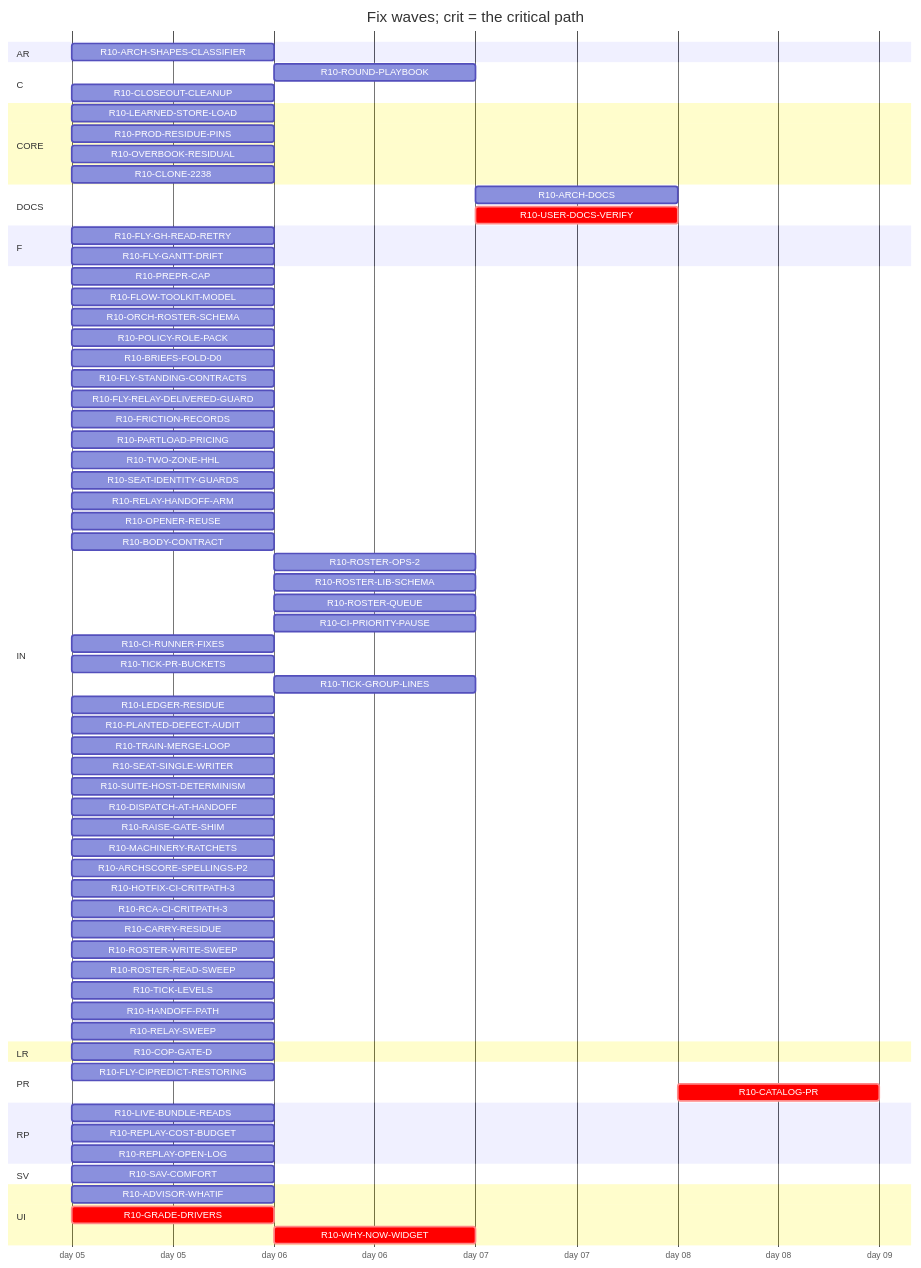
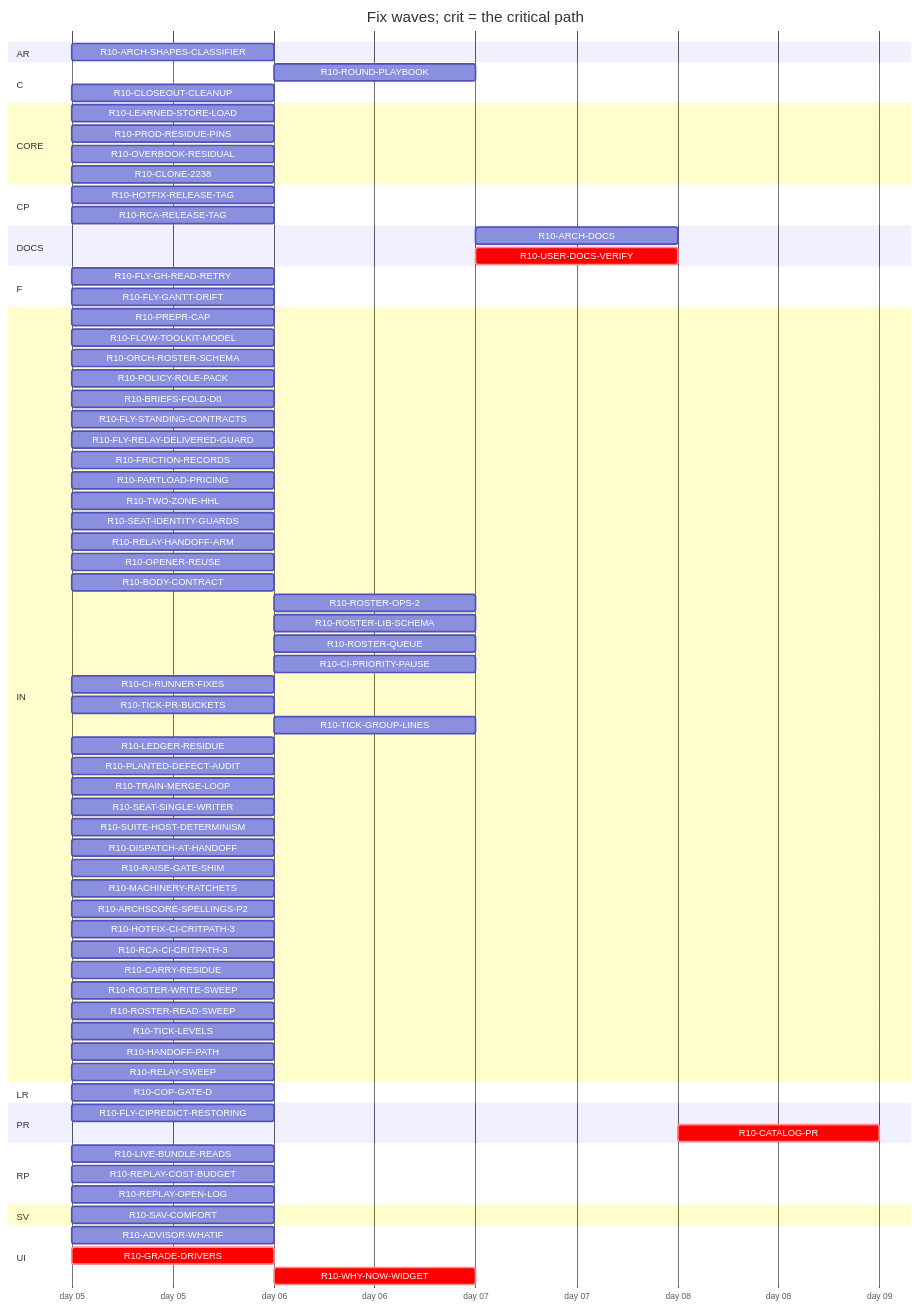
The diagram in handoff/round10/state/PLAN-TABLE.md (tvofi/heatpump_optimizer), drawn with Mermaid before and after one commit. The commit also changed other lines of this file and 4 other files, not shown here.

Commit message:
state: FLOW-BOARD.md, NEXT-SESSION-PROMPT.md, PLAN-TABLE.md, PLAN.html, RESUME-CURRENT.md regenerated (state_docs.py)

````diff
--- a/handoff/round10/state/PLAN-TABLE.md
+++ b/handoff/round10/state/PLAN-TABLE.md
@@ -24,76 +25,79 @@
 ```mermaid
 gantt
   title Fix waves; crit = the critical path
   dateFormat YYYY-MM-DD
   axisFormat day %d
   section AR
     R10-ARCH-SHAPES-CLASSIFIER :r10ARCHSHAPESCLASSIFIER, 2026-01-05, 1d
   section C
     R10-ROUND-PLAYBOOK :r10ROUNDPLAYBOOK, after r10MACHINERYRATCHETS r10PREPRCAP r10HANDOFFPATH r10RELAYSWEEP r10TRAINMERGELOOP r10DISPATCHATHANDOFF r10BODYCONTRACT r10TICKLEVELS r10CIPRIORITYPAUSE r10ROSTERWRITESWEEP r10ROSTERREADSWEEP r10FLYSTANDINGCONTRACTS r10POLICYROLEPACK r10FRICTIONRECORDS r10FLOWTOOLKITMODEL r10SEATIDENTITYGUARDS r10LEDGERRESIDUE r10CIRUNNERFIXES r10FLYCIPREDICTRESTORING r10RAISEGATESHIM r10PLANTEDDEFECTAUDIT r10FLYGHREADRETRY r10SUITEHOSTDETERMINISM r10ARCHSCORESPELLINGSP2, 1d
     R10-CLOSEOUT-CLEANUP :r10CLOSEOUTCLEANUP, 2026-01-05, 1d
   section CORE
     R10-LEARNED-STORE-LOAD :r10LEARNEDSTORELOAD, 2026-01-05, 1d
     R10-PROD-RESIDUE-PINS :r10PRODRESIDUEPINS, 2026-01-05, 1d
     R10-OVERBOOK-RESIDUAL :r10OVERBOOKRESIDUAL, 2026-01-05, 1d
     R10-CLONE-2238 :r10CLONE2238, 2026-01-05, 1d
+  section CP
+    R10-HOTFIX-RELEASE-TAG :r10HOTFIXRELEASETAG, 2026-01-05, 1d
+    R10-RCA-RELEASE-TAG :r10RCARELEASETAG, 2026-01-05, 1d
   section DOCS
     R10-ARCH-DOCS :r10ARCHDOCS, after r10CARRYRESIDUE r10OVERBOOKRESIDUAL r10CLONE2238 r10SAVCOMFORT r10COPGATED r10GRADEDRIVERS r10WHYNOWWIDGET r10PARTLOADPRICING r10TWOZONEHHL r10ARCHSHAPESCLASSIFIER r10ADVISORWHATIF r10LEARNEDSTORELOAD r10PRODRESIDUEPINS r10LIVEBUNDLEREADS r10REPLAYCOSTBUDGET r10REPLAYOPENLOG r10MACHINERYRATCHETS r10PREPRCAP r10HANDOFFPATH r10RELAYSWEEP r10TRAINMERGELOOP r10DISPATCHATHANDOFF r10BODYCONTRACT r10TICKLEVELS r10CIPRIORITYPAUSE r10ROSTERWRITESWEEP r10ROSTERREADSWEEP r10FLYSTANDINGCONTRACTS r10POLICYROLEPACK r10FRICTIONRECORDS r10FLOWTOOLKITMODEL r10SEATIDENTITYGUARDS r10LEDGERRESIDUE r10CIRUNNERFIXES r10FLYCIPREDICTRESTORING r10RAISEGATESHIM r10PLANTEDDEFECTAUDIT r10FLYGHREADRETRY r10SUITEHOSTDETERMINISM r10ARCHSCORESPELLINGSP2, 1d
     R10-USER-DOCS-VERIFY :crit, r10USERDOCSVERIFY, after r10CARRYRESIDUE r10OVERBOOKRESIDUAL r10CLONE2238 r10SAVCOMFORT r10COPGATED r10GRADEDRIVERS r10WHYNOWWIDGET r10PARTLOADPRICING r10TWOZONEHHL r10ARCHSHAPESCLASSIFIER r10ADVISORWHATIF r10LEARNEDSTORELOAD r10PRODRESIDUEPINS r10LIVEBUNDLEREADS r10REPLAYCOSTBUDGET r10REPLAYOPENLOG, 1d
   section F
     R10-FLY-GH-READ-RETRY :r10FLYGHREADRETRY, 2026-01-05, 1d
     R10-FLY-GANTT-DRIFT :r10FLYGANTTDRIFT, 2026-01-05, 1d
   section IN
     R10-PREPR-CAP :r10PREPRCAP, 2026-01-05, 1d
     R10-FLOW-TOOLKIT-MODEL :r10FLOWTOOLKITMODEL, 2026-01-05, 1d
     R10-ORCH-ROSTER-SCHEMA :r10ORCHROSTERSCHEMA, 2026-01-05, 1d
     R10-POLICY-ROLE-PACK :r10POLICYROLEPACK, 2026-01-05, 1d
     R10-BRIEFS-FOLD-D0 :r10BRIEFSFOLDD0, 2026-01-05, 1d
     R10-FLY-STANDING-CONTRACTS :r10FLYSTANDINGCONTRACTS, 2026-01-05, 1d
     R10-FLY-RELAY-DELIVERED-GUARD :r10FLYRELAYDELIVEREDGUARD, 2026-01-05, 1d
     R10-FRICTION-RECORDS :r10FRICTIONRECORDS, 2026-01-05, 1d
     R10-PARTLOAD-PRICING :r10PARTLOADPRICING, 2026-01-05, 1d
     R10-TWO-ZONE-HHL :r10TWOZONEHHL, 2026-01-05, 1d
     R10-SEAT-IDENTITY-GUARDS :r10SEATIDENTITYGUARDS, 2026-01-05, 1d
     R10-RELAY-HANDOFF-ARM :r10RELAYHANDOFFARM, 2026-01-05, 1d
     R10-OPENER-REUSE :r10OPENERREUSE, 2026-01-05, 1d
     R10-BODY-CONTRACT :r10BODYCONTRACT, 2026-01-05, 1d
     R10-ROSTER-OPS-2 :r10ROSTEROPS2, after r10ORCHROSTERSCHEMA, 1d
     R10-ROSTER-LIB-SCHEMA :r10ROSTERLIBSCHEMA, after r10ORCHROSTERSCHEMA, 1d
     R10-ROSTER-QUEUE :r10ROSTERQUEUE, after r10ORCHROSTERSCHEMA, 1d
     R10-CI-PRIORITY-PAUSE :r10CIPRIORITYPAUSE, after r10TICKLEVELS, 1d
     R10-CI-RUNNER-FIXES :r10CIRUNNERFIXES, 2026-01-05, 1d
     R10-TICK-PR-BUCKETS :r10TICKPRBUCKETS, 2026-01-05, 1d
     R10-TICK-GROUP-LINES :r10TICKGROUPLINES, after r10ORCHROSTERSCHEMA, 1d
     R10-LEDGER-RESIDUE :r10LEDGERRESIDUE, 2026-01-05, 1d
     R10-PLANTED-DEFECT-AUDIT :r10PLANTEDDEFECTAUDIT, 2026-01-05, 1d
     R10-TRAIN-MERGE-LOOP :r10TRAINMERGELOOP, 2026-01-05, 1d
     R10-SEAT-SINGLE-WRITER :r10SEATSINGLEWRITER, 2026-01-05, 1d
     R10-SUITE-HOST-DETERMINISM :r10SUITEHOSTDETERMINISM, 2026-01-05, 1d
     R10-DISPATCH-AT-HANDOFF :r10DISPATCHATHANDOFF, 2026-01-05, 1d
     R10-RAISE-GATE-SHIM :r10RAISEGATESHIM, 2026-01-05, 1d
     R10-MACHINERY-RATCHETS :r10MACHINERYRATCHETS, 2026-01-05, 1d
     R10-ARCHSCORE-SPELLINGS-P2 :r10ARCHSCORESPELLINGSP2, 2026-01-05, 1d
     R10-HOTFIX-CI-CRITPATH-3 :r10HOTFIXCICRITPATH3, 2026-01-05, 1d
     R10-RCA-CI-CRITPATH-3 :r10RCACICRITPATH3, 2026-01-05, 1d
     R10-CARRY-RESIDUE :r10CARRYRESIDUE, 2026-01-05, 1d
     R10-ROSTER-WRITE-SWEEP :r10ROSTERWRITESWEEP, 2026-01-05, 1d
     R10-ROSTER-READ-SWEEP :r10ROSTERREADSWEEP, 2026-01-05, 1d
     R10-TICK-LEVELS :r10TICKLEVELS, 2026-01-05, 1d
     R10-HANDOFF-PATH :r10HANDOFFPATH, 2026-01-05, 1d
     R10-RELAY-SWEEP :r10RELAYSWEEP, 2026-01-05, 1d
   section LR
     R10-COP-GATE-D :r10COPGATED, 2026-01-05, 1d
   section PR
     R10-FLY-CIPREDICT-RESTORING :r10FLYCIPREDICTRESTORING, 2026-01-05, 1d
     R10-CATALOG-PR :crit, r10CATALOGPR, after r10USERDOCSVERIFY r10ARCHDOCS r10ROUNDPLAYBOOK r10CLOSEOUTCLEANUP, 1d
   section RP
     R10-LIVE-BUNDLE-READS :r10LIVEBUNDLEREADS, 2026-01-05, 1d
     R10-REPLAY-COST-BUDGET :r10REPLAYCOSTBUDGET, 2026-01-05, 1d
     R10-REPLAY-OPEN-LOG :r10REPLAYOPENLOG, 2026-01-05, 1d
   section SV
     R10-SAV-COMFORT :r10SAVCOMFORT, 2026-01-05, 1d
   section UI
     R10-ADVISOR-WHATIF :r10ADVISORWHATIF, 2026-01-05, 1d
     R10-GRADE-DRIVERS :crit, r10GRADEDRIVERS, 2026-01-05, 1d
     R10-WHY-NOW-WIDGET :crit, r10WHYNOWWIDGET, after r10GRADEDRIVERS, 1d
 ```
````
